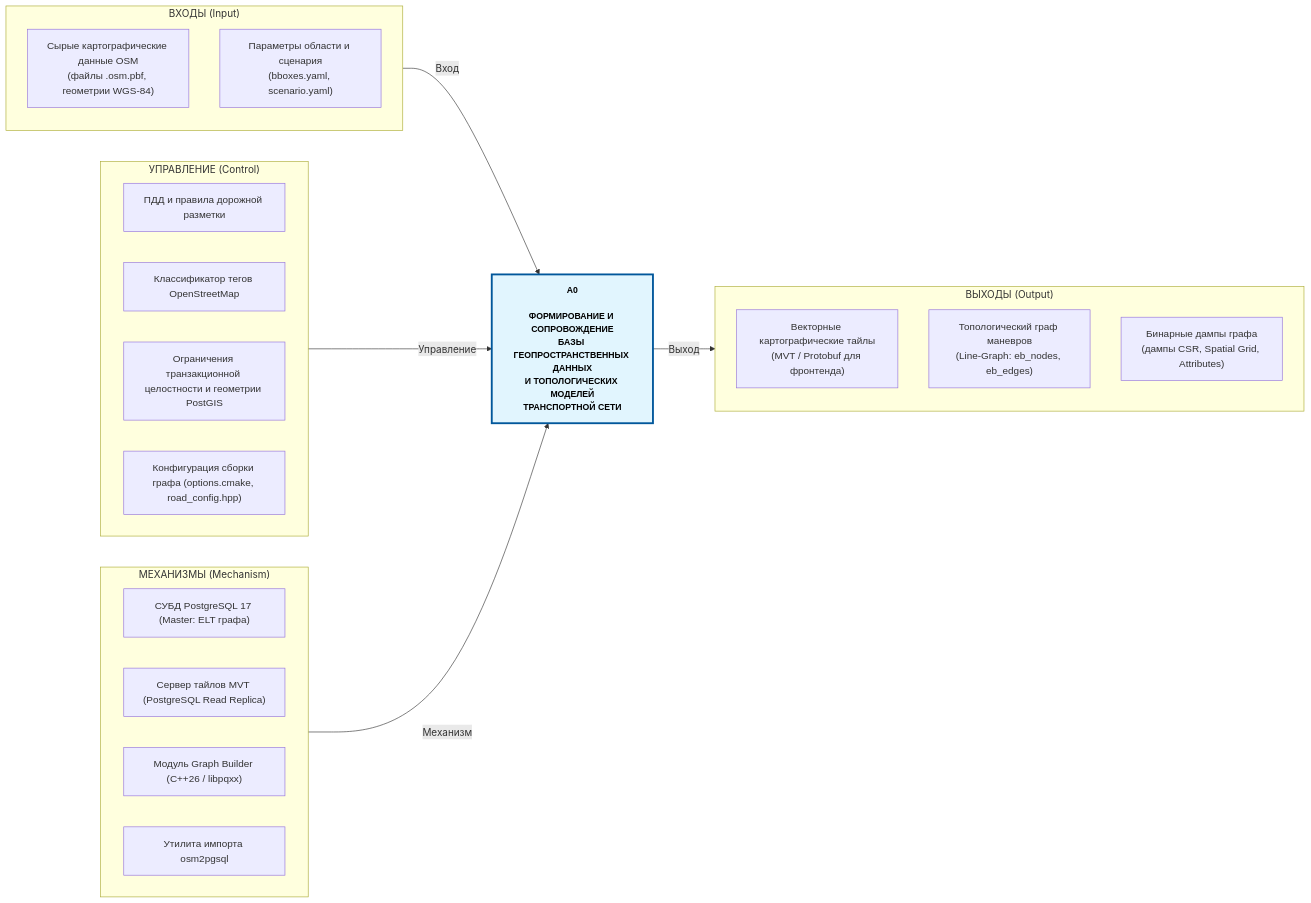
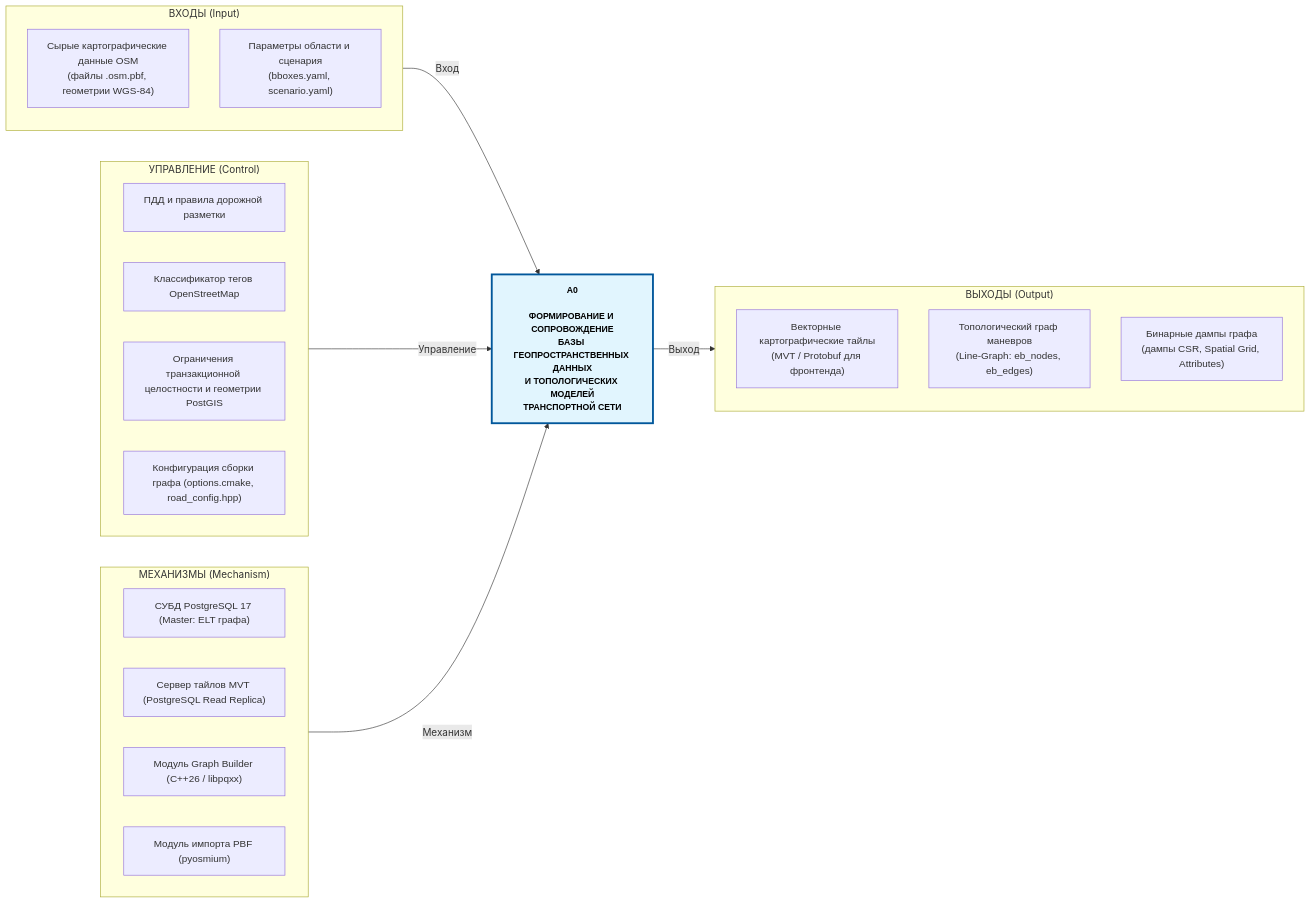
Before and after one commit to L1CH7/magistracy-diplom-iu12-docs: the diagram in assets/diagrams/01-idef0-a0.mmd, drawn with Mermaid. The commit also changed 5 other files, not shown here.

```diff
--- a/assets/diagrams/01-idef0-a0.mmd
+++ b/assets/diagrams/01-idef0-a0.mmd
@@ -1,45 +1,45 @@
 flowchart LR
     %% =========================================================================
     %% IDEF0: Контекстная диаграмма A0
     %% Система: Формирование и сопровождение базы геоданных и топологии графа
     %% =========================================================================
 
     subgraph Inputs["ВХОДЫ (Input)"]
         direction TB
         I1["Сырые картографические данные OSM<br/>(файлы .osm.pbf, геометрии WGS-84)"]
         I2["Параметры области и сценария<br/>(bboxes.yaml, scenario.yaml)"]
     end
 
     subgraph Controls["УПРАВЛЕНИЕ (Control)"]
         direction LR
         C1["ПДД и правила дорожной разметки"]
         C2["Классификатор тегов OpenStreetMap"]
         C3["Ограничения транзакционной целостности и геометрии PostGIS"]
         C4["Конфигурация сборки графа (options.cmake, road_config.hpp)"]
     end
 
     subgraph Mechanisms["МЕХАНИЗМЫ (Mechanism)"]
         direction LR
         M1["СУБД PostgreSQL 17 (Master: ELT графа)"]
         M2["Сервер тайлов MVT (PostgreSQL Read Replica)"]
         M3["Модуль Graph Builder (C++26 / libpqxx)"]
-        M4["Утилита импорта osm2pgsql"]
+        M4["Модуль импорта PBF (pyosmium)"]
     end
 
     subgraph Outputs["ВЫХОДЫ (Output)"]
         direction TB
         O1["Векторные картографические тайлы<br/>(MVT / Protobuf для фронтенда)"]
         O2["Топологический граф маневров<br/>(Line-Graph: eb_nodes, eb_edges)"]
         O3["Бинарные дампы графа<br/>(дампы CSR, Spatial Grid, Attributes)"]
     end
 
     A0["<b>А0</b><br/><br/><b>ФОРМИРОВАНИЕ И СОПРОВОЖДЕНИЕ<br/>БАЗЫ ГЕОПРОСТРАНСТВЕННЫХ ДАННЫХ<br/>И ТОПОЛОГИЧЕСКИХ МОДЕЛЕЙ<br/>ТРАНСПОРТНОЙ СЕТИ</b>"]:::processBlock
 
     %% Связи ICOM
     Inputs -->|Вход| A0
     Controls -->|Управление| A0
     Mechanisms -->|Механизм| A0
     A0 -->|Выход| Outputs
 
     classDef processBlock fill:#e1f5fe,stroke:#01579b,stroke-width:3px,color:#000,font-size:14px;
     classDef default font-family:sans-serif;
```
